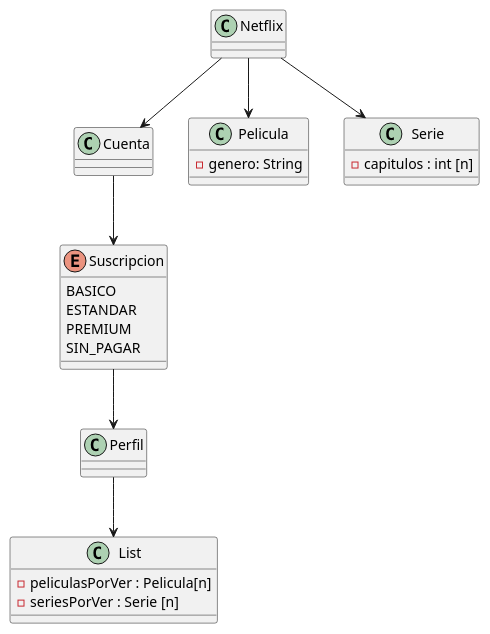
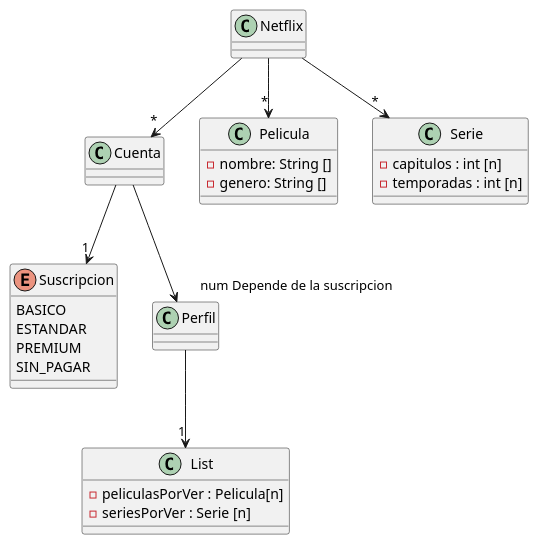
One commit to FernandoHuilca/EPN-FernandoHuilca changed the diagram in Segundo Semestre/Clases/Netflix2.0/src/Diagramas.puml. Above: the diagram before and after it, drawn with PlantUML. The commit also changed 16 other files, not shown here.

```diff
--- a/Segundo Semestre/Clases/Netflix2.0/src/Diagramas.puml
+++ b/Segundo Semestre/Clases/Netflix2.0/src/Diagramas.puml
@@ -1,33 +1,35 @@
 @startuml
 'https://plantuml.com/class-diagram
 
 
-Netflix --> Cuenta
-Netflix --> Pelicula
-Netflix --> Serie
-Cuenta --> Suscripcion
-Suscripcion --> Perfil
-Perfil --> List
+Netflix --> "*" Cuenta
+Netflix --> "*"Pelicula
+Netflix --> "*"Serie
+Cuenta --> "1" Suscripcion
+Cuenta --> "num Depende de la suscripcion"Perfil
+Perfil --> "1" List
 
 class Netflix {
 }
 enum Suscripcion{
     BASICO
     ESTANDAR
     PREMIUM
     SIN_PAGAR
 }
-class Pelicula {
-    - genero: String
+class Pelicula  {
+    - nombre: String []
+    - genero: String []
 }
 class Serie {
     - capitulos : int [n]
+    - temporadas : int [n]
 }
 class List {
     - peliculasPorVer : Pelicula[n]
     - seriesPorVer : Serie [n]
 
 }
 
 
 @enduml
```
